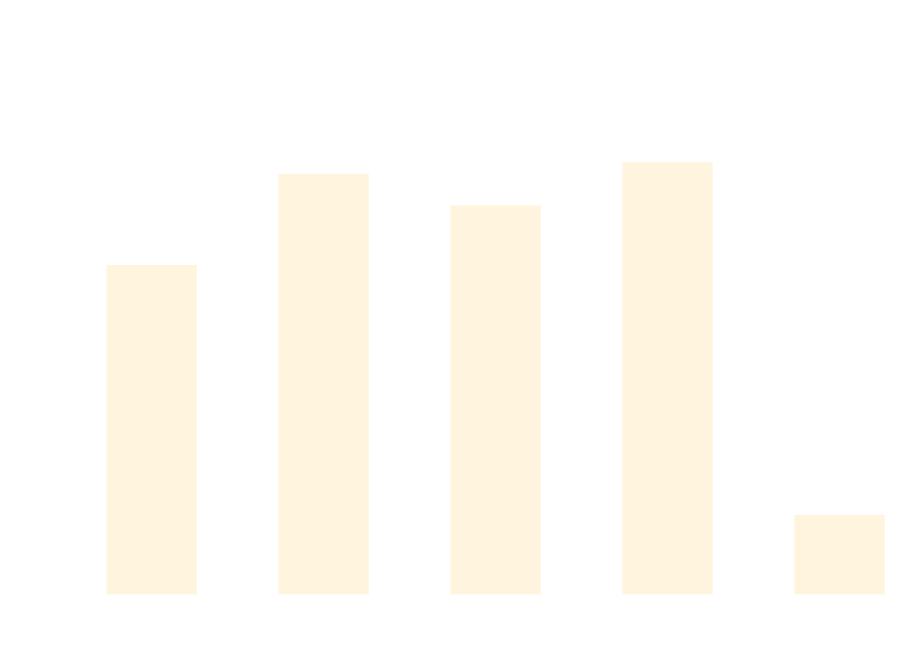
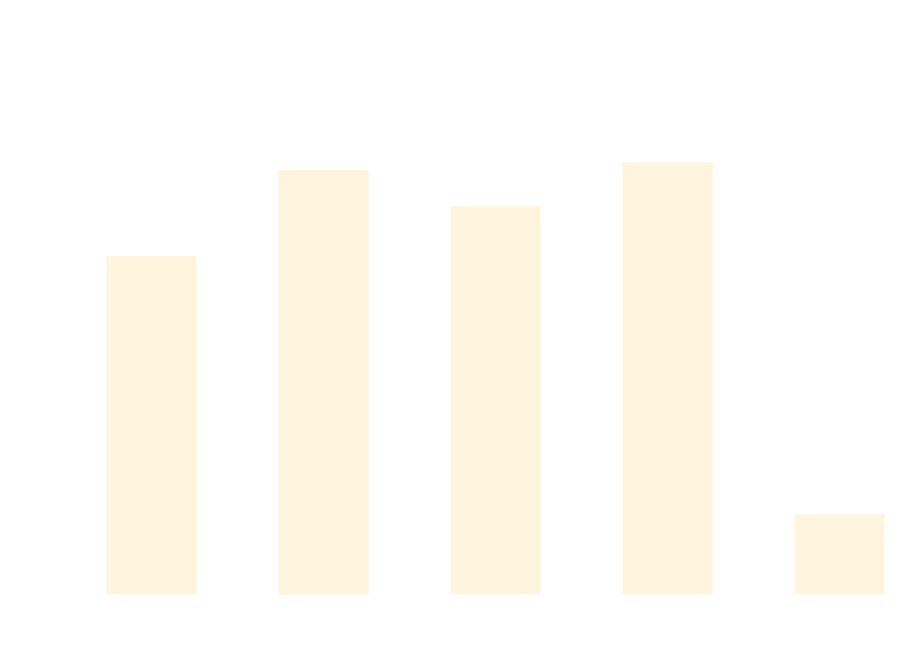
One commit to thomhurst/TUnit changed the diagram in docs/docs/benchmarks/AsyncTests.md. Above: the diagram before and after it, drawn with Mermaid. The commit also changed other lines of this file and 17 other files, not shown here.

````diff
--- a/docs/docs/benchmarks/AsyncTests.md
+++ b/docs/docs/benchmarks/AsyncTests.md
@@ -27,37 +27,37 @@
 ```mermaid
 %%{init: {
   'theme':'base',
   'themeVariables': {
     'primaryColor': '#2563eb',
     'primaryTextColor': '#ffffff',
     'primaryBorderColor': '#1e40af',
     'lineColor': '#6b7280',
     'secondaryColor': '#7c3aed',
     'tertiaryColor': '#dc2626',
     'background': '#ffffff',
     'mainBkg': '#2563eb',
     'secondBkg': '#7c3aed',
     'tertiaryBkg': '#dc2626',
     'clusterBkg': '#f3f4f6',
     'edgeLabelBackground': '#ffffff',
     'tertiaryTextColor': '#1f2937',
     'pie1': '#2563eb',
     'pie2': '#7c3aed',
     'pie3': '#dc2626',
     'pie4': '#f59e0b',
     'pie5': '#10b981',
     'pie6': '#06b6d4',
     'pie7': '#ec4899',
     'pie8': '#6366f1',
     'pie9': '#84cc16',
     'pie10': '#f97316',
     'pie11': '#14b8a6',
     'pie12': '#a855f7'
   }
 }}%%
 xychart-beta
   title "AsyncTests Performance Comparison"
   x-axis ["TUnit", "NUnit", "MSTest", "xUnit3", "TUnit_AOT"]
-  y-axis "Time (ms)" 0 --> 896
-  bar [564.3, 725.6, 669.8, 746.5, 122.3]
+  y-axis "Time (ms)" 0 --> 905
+  bar [585.9, 740, 675.3, 753.7, 124.5]
 ```
````
